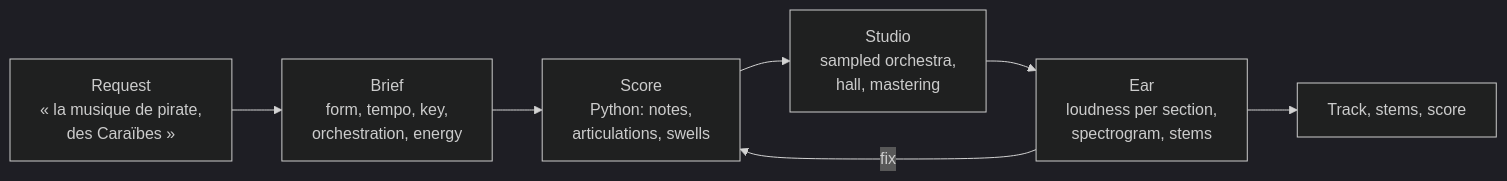
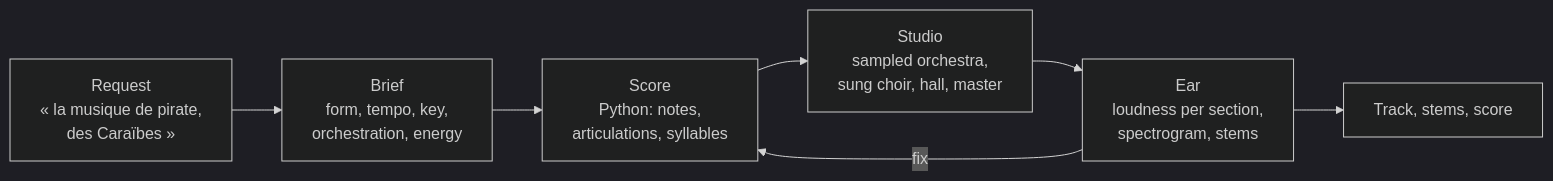
One commit to EtienneLescot/claude-music-skill changed the diagram in README.md. Above: the diagram before and after it, drawn with Mermaid (dark theme). The commit also changed other lines of this file and 12 other files, not shown here.

````diff
--- a/README.md
+++ b/README.md
@@ -25,9 +25,9 @@
 ```mermaid
 flowchart LR
     A["Request<br/>« la musique de pirate,<br/>des Caraïbes »"] --> B["Brief<br/>form, tempo, key,<br/>orchestration, energy"]
-    B --> C["Score<br/>Python: notes,<br/>articulations, swells"]
-    C --> D["Studio<br/>sampled orchestra,<br/>hall, mastering"]
+    B --> C["Score<br/>Python: notes,<br/>articulations, syllables"]
+    C --> D["Studio<br/>sampled orchestra,<br/>sung choir, hall, master"]
     D --> E["Ear<br/>loudness per section,<br/>spectrogram, stems"]
     E -- fix --> C
     E --> F["Track, stems, score"]
 ```
````
